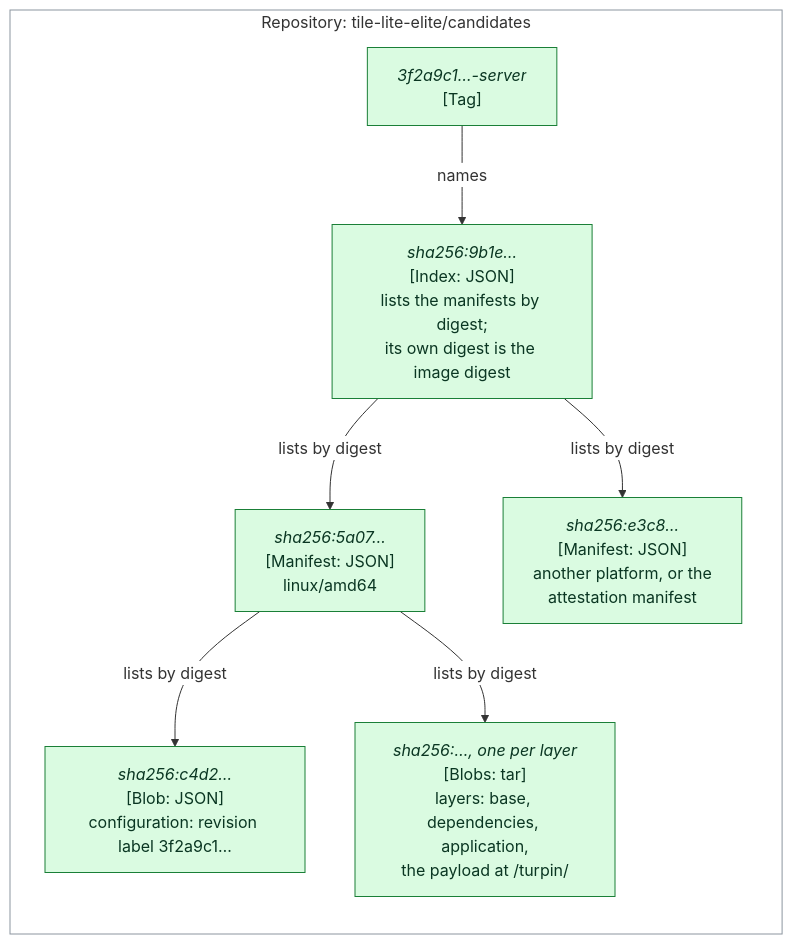
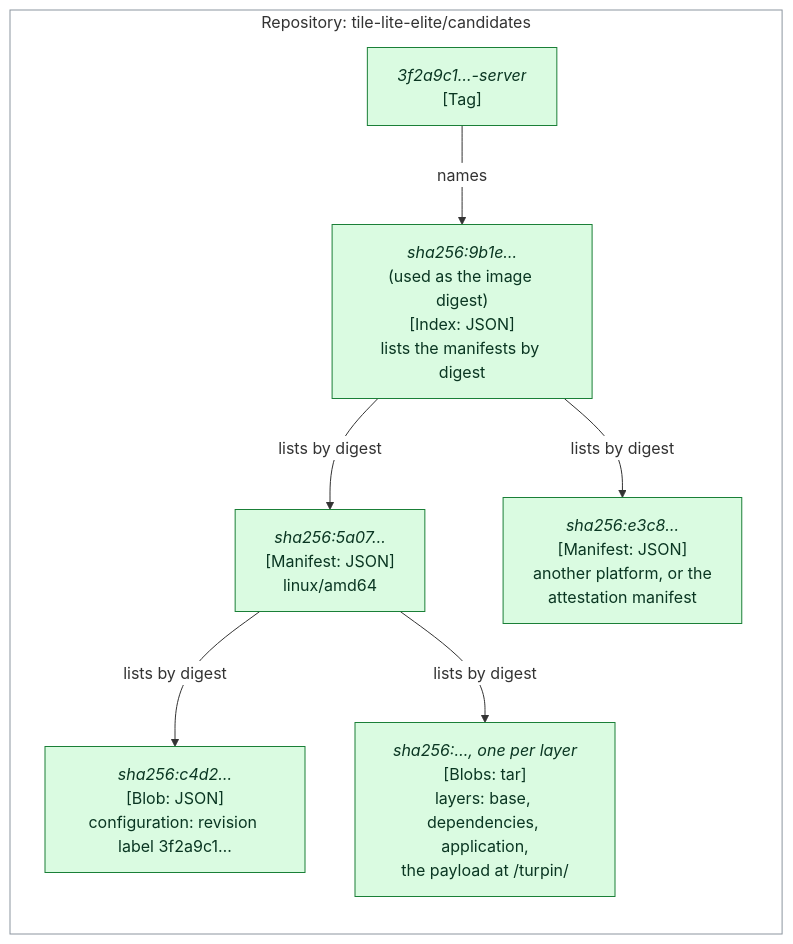
The fifth of 9 diagrams in records/2.5-changes/programme-tooling/117-generic-deliver-tool/design.md (delphside/programme), drawn with Mermaid before and after one commit.

Commit message:
Change 117: index box, "used as the image digest" under the digest
Stephen's wording.

Refs #117

Claude-Session: https://claude.ai/code/session_014C8pM72TmZwJEuKhePejaa

````diff
--- a/records/2.5-changes/programme-tooling/117-generic-deliver-tool/design.md
+++ b/records/2.5-changes/programme-tooling/117-generic-deliver-tool/design.md
@@ -465,19 +465,19 @@
 ```mermaid
 %%{init: {"themeVariables": {"clusterBkg": "#ffffff", "clusterBorder": "#8c959f", "edgeLabelBackground": "#ffffff"}}}%%
 flowchart LR
   subgraph CAND["Repository: tile-lite-elite/candidates"]
     T1["<i>3f2a9c1…-server</i><br>[Tag]"]
-    IX["<i>sha256:9b1e…</i><br>[Index: JSON]<br>lists the manifests by digest;<br>its own digest is the image digest"]
+    IX["<i>sha256:9b1e…</i><br>(used as the image digest)<br>[Index: JSON]<br>lists the manifests by digest"]
     M1["<i>sha256:5a07…</i><br>[Manifest: JSON]<br>linux/amd64"]
     M2["<i>sha256:e3c8…</i><br>[Manifest: JSON]<br>another platform, or the<br>attestation manifest"]
     CF1["<i>sha256:c4d2…</i><br>[Blob: JSON]<br>configuration: revision label 3f2a9c1…"]
     L1["<i>sha256:…, one per layer</i><br>[Blobs: tar]<br>layers: base, dependencies, application,<br>the payload at /turpin/"]
   end
   T1 -->|"names"| IX
   IX -->|"lists by digest"| M1
   IX -->|"lists by digest"| M2
   M1 -->|"lists by digest"| CF1
   M1 -->|"lists by digest"| L1
   classDef new          fill:#dafbe1,stroke:#1a7f37,color:#0a3622
   class T1,IX,M1,M2,CF1,L1 new
 ```
````
